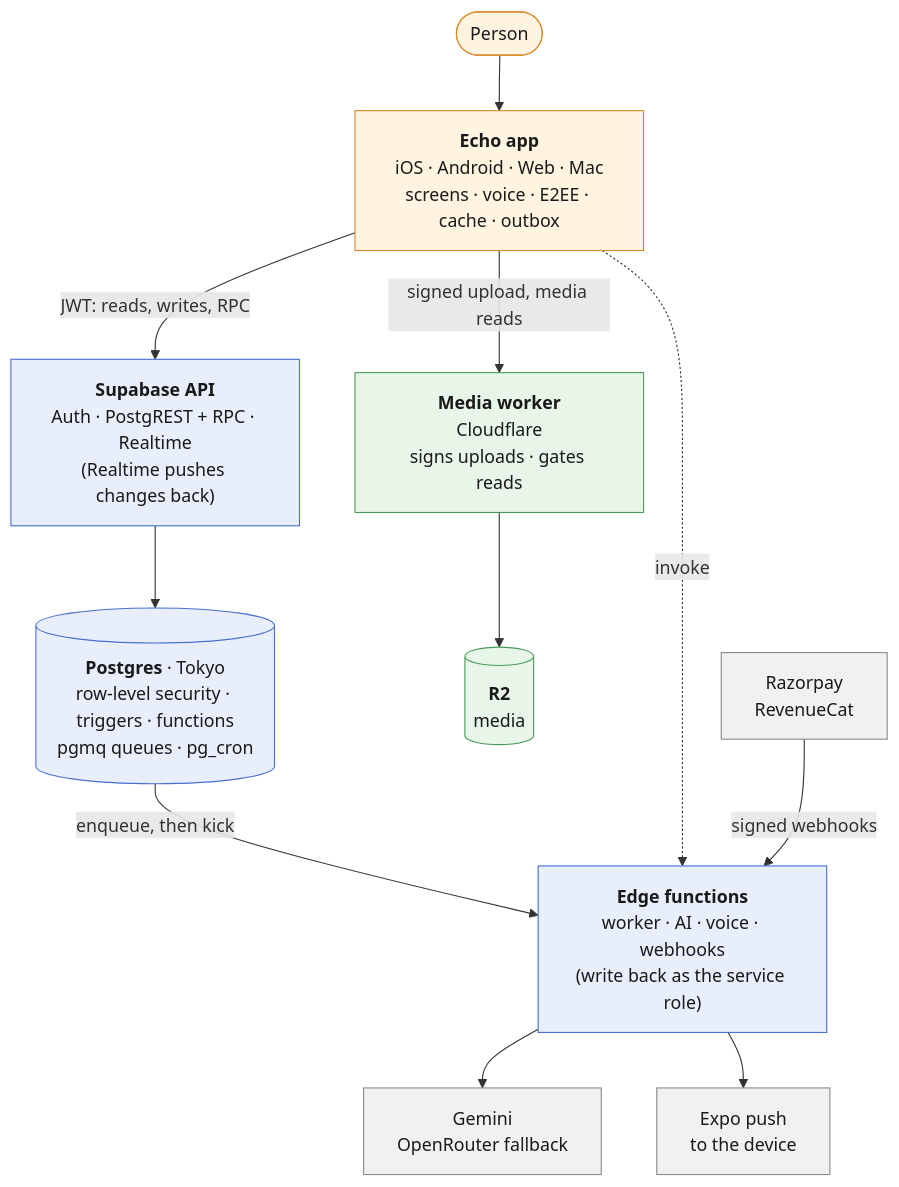
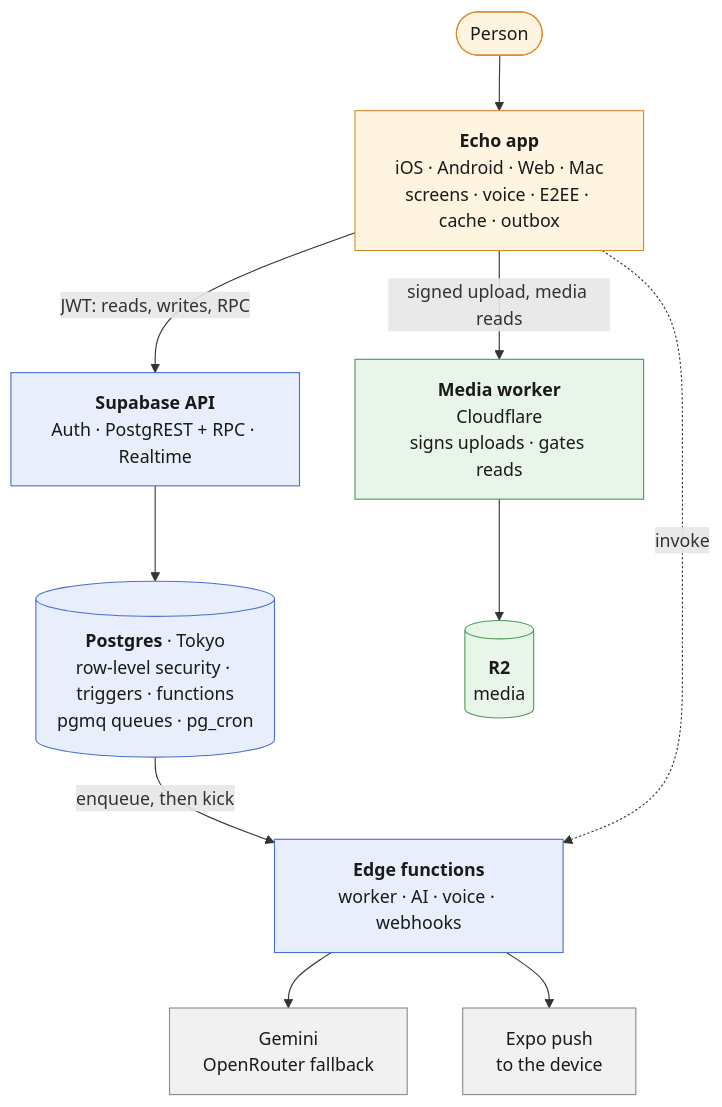
The diagram in README.md (Ak2556/echo-mobile), drawn with Mermaid before and after one commit. The commit also changed other lines of this file and 1 other file, not shown here.

````diff
--- a/README.md
+++ b/README.md
@@ -219,26 +157,25 @@
 ```mermaid
 flowchart TB
     U(["Person"]) --> APP["<b>Echo app</b><br/>iOS · Android · Web · Mac<br/>screens · voice · E2EE · cache · outbox"]
 
-    APP -->|"JWT: reads, writes, RPC"| API["<b>Supabase API</b><br/>Auth · PostgREST + RPC · Realtime<br/>(Realtime pushes changes back)"]
+    APP -->|"JWT: reads, writes, RPC"| API["<b>Supabase API</b><br/>Auth · PostgREST + RPC · Realtime"]
     APP -->|"signed upload, media reads"| WK["<b>Media worker</b><br/>Cloudflare<br/>signs uploads · gates reads"]
 
     API --> PG[("<b>Postgres</b> · Tokyo<br/>row-level security · triggers · functions<br/>pgmq queues · pg_cron")]
     WK --> R2[("<b>R2</b><br/>media")]
 
-    PG -->|"enqueue, then kick"| FN["<b>Edge functions</b><br/>worker · AI · voice · webhooks<br/>(write back as the service role)"]
+    PG -->|"enqueue, then kick"| FN["<b>Edge functions</b><br/>worker · AI · voice · webhooks"]
     APP -.->|"invoke"| FN
 
     FN --> AI["Gemini<br/>OpenRouter fallback"]
     FN --> PUSH["Expo push<br/>to the device"]
-    PAY["Razorpay<br/>RevenueCat"] -->|"signed webhooks"| FN
 
     classDef client fill:#fff4e0,stroke:#d9892b,color:#1a1a1a
     classDef edge fill:#e8f5e9,stroke:#4c9a5b,color:#1a1a1a
     classDef sb fill:#e8eefc,stroke:#4a6fd0,color:#1a1a1a
     classDef ext fill:#f1f1f1,stroke:#8a8a8a,color:#1a1a1a
     class APP,U client
     class WK,R2 edge
     class API,PG,FN sb
-    class AI,PUSH,PAY ext
+    class AI,PUSH ext
 ```
````
